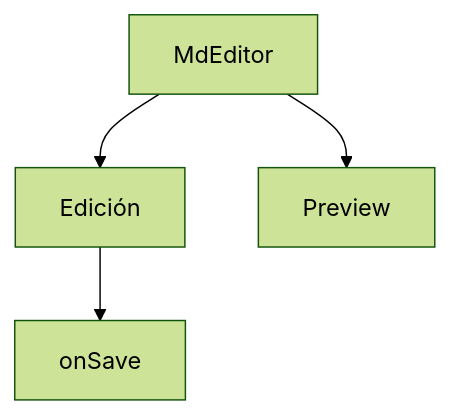
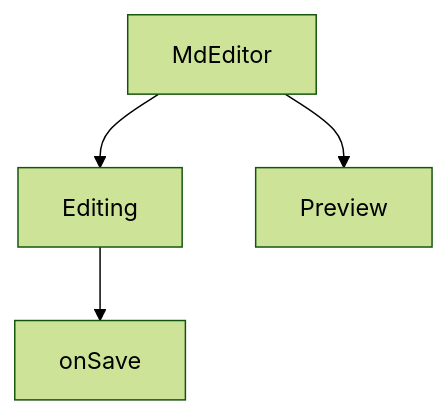
One commit to gvastethecreator/media-manager changed the diagram in src/components/views/documents/README.md. Above: the diagram before and after it, drawn with Mermaid (forest theme). The commit also changed other lines of this file and 98 other files, not shown here.

Commit message:
docs: initialize comprehensive architectural documentation and component-level README files across the repository.

````diff
--- a/src/components/views/documents/README.md
+++ b/src/components/views/documents/README.md
@@ -28,6 +34,6 @@
 ```mermaid
 graph TD
-    A[MdEditor] --> B[Edición]
+    A[MdEditor] --> B[Editing]
     A --> C[Preview]
     B --> D[onSave]
 ```
````
